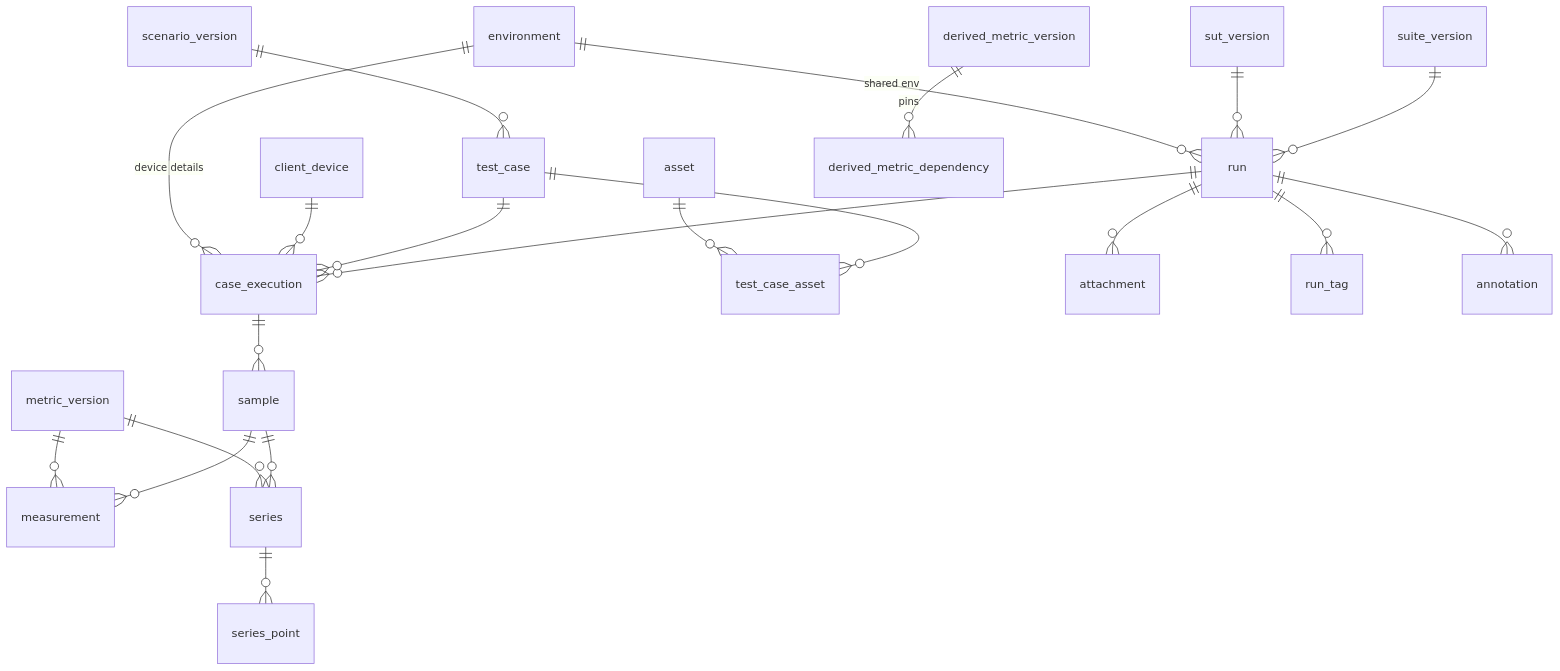
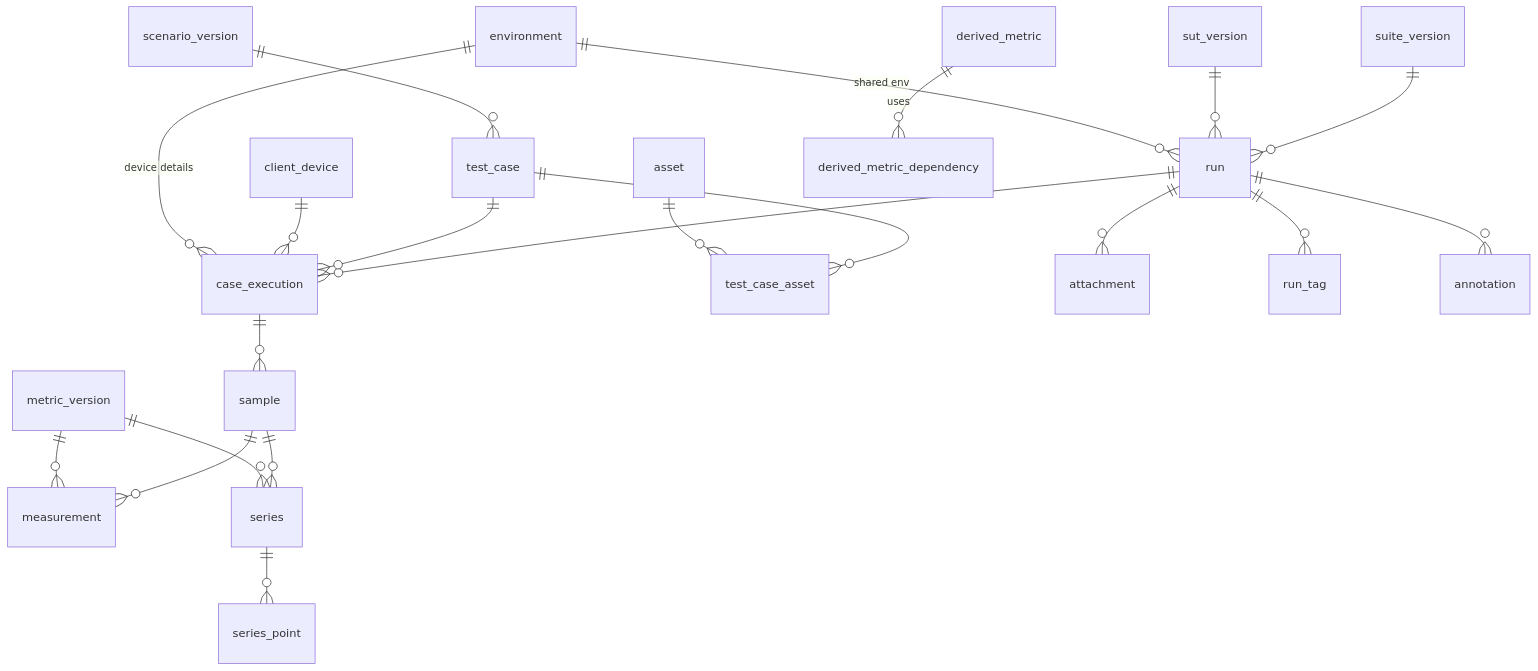
One commit to sraesch/track-record changed the diagram in db/README.md. Above: the diagram before and after it, drawn with Mermaid. The commit also changed other lines of this file and 33 other files, not shown here.

````diff
--- a/db/README.md
+++ b/db/README.md
@@ -98,23 +98,23 @@
 ```mermaid
 erDiagram
     suite_version ||--o{ run : ""
     sut_version ||--o{ run : ""
     environment ||--o{ run : "shared env"
     run ||--o{ case_execution : ""
     test_case ||--o{ case_execution : ""
     client_device ||--o{ case_execution : ""
     environment ||--o{ case_execution : "device details"
     scenario_version ||--o{ test_case : ""
     test_case ||--o{ test_case_asset : ""
     asset ||--o{ test_case_asset : ""
     case_execution ||--o{ sample : ""
     sample ||--o{ measurement : ""
     sample ||--o{ series : ""
     series ||--o{ series_point : ""
     metric_version ||--o{ measurement : ""
     metric_version ||--o{ series : ""
-    derived_metric_version ||--o{ derived_metric_dependency : "pins"
+    derived_metric ||--o{ derived_metric_dependency : "uses"
     run ||--o{ attachment : ""
     run ||--o{ run_tag : ""
     run ||--o{ annotation : ""
 ```
````
